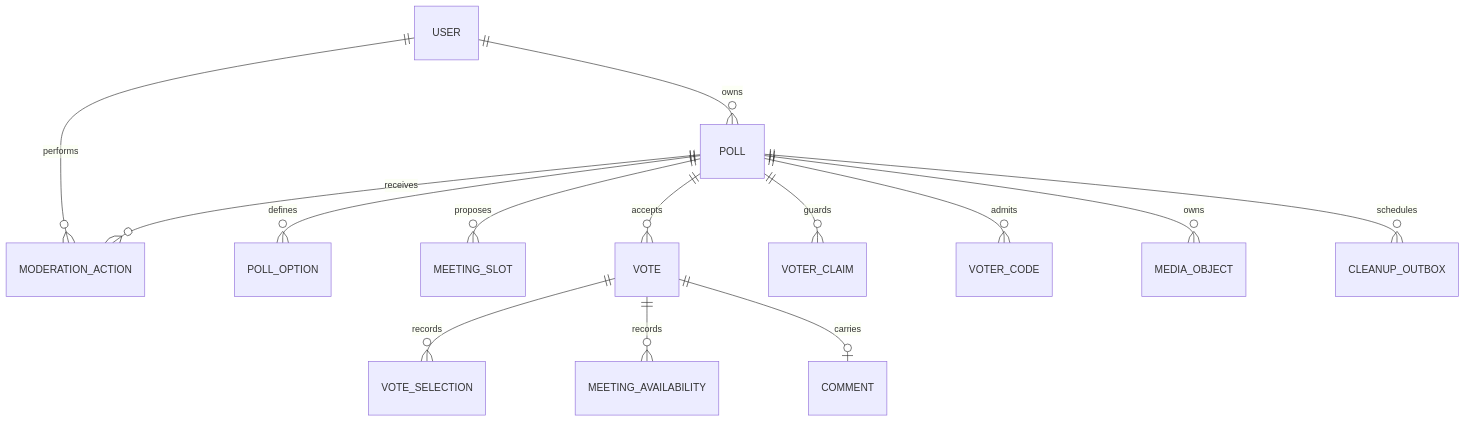
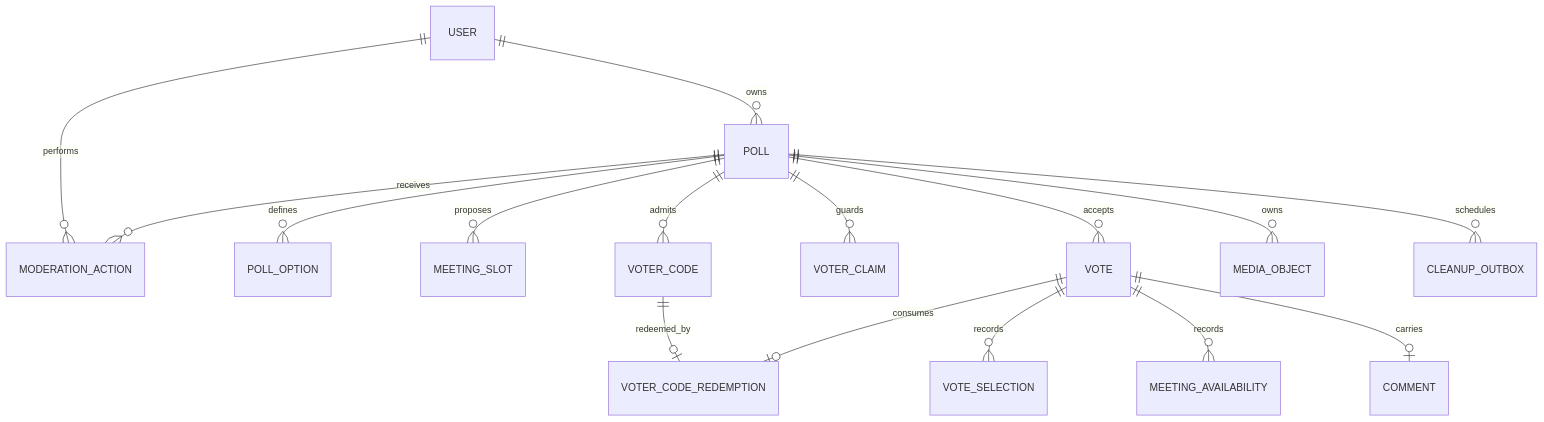
Before and after one commit to Hearn-Systems-LLC/oddspark-polls: the fourth of 5 diagrams in _bmad-output/planning-artifacts/architecture/architecture-oddspark-polls-2026-07-29/ARCHITECTURE-SPINE.md, drawn with Mermaid. The commit also changed other lines of this file and 20 other files, not shown here.

````diff
--- a/_bmad-output/planning-artifacts/architecture/architecture-oddspark-polls-2026-07-29/ARCHITECTURE-SPINE.md
+++ b/_bmad-output/planning-artifacts/architecture/architecture-oddspark-polls-2026-07-29/ARCHITECTURE-SPINE.md
@@ -622,16 +641,18 @@
 ```mermaid
 erDiagram
     USER ||--o{ POLL : owns
     USER ||--o{ MODERATION_ACTION : performs
     POLL ||--o{ POLL_OPTION : defines
     POLL ||--o{ MEETING_SLOT : proposes
     POLL ||--o{ VOTE : accepts
     POLL ||--o{ VOTER_CLAIM : guards
     POLL ||--o{ VOTER_CODE : admits
+    VOTER_CODE ||--o| VOTER_CODE_REDEMPTION : redeemed_by
+    VOTE ||--o| VOTER_CODE_REDEMPTION : consumes
     POLL ||--o{ MEDIA_OBJECT : owns
     POLL ||--o{ MODERATION_ACTION : receives
     POLL ||--o{ CLEANUP_OUTBOX : schedules
     VOTE ||--o{ VOTE_SELECTION : records
     VOTE ||--o{ MEETING_AVAILABILITY : records
     VOTE ||--o| COMMENT : carries
 ```
````
